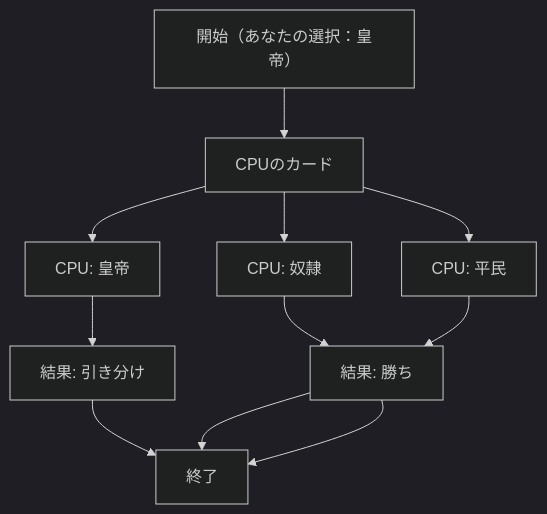
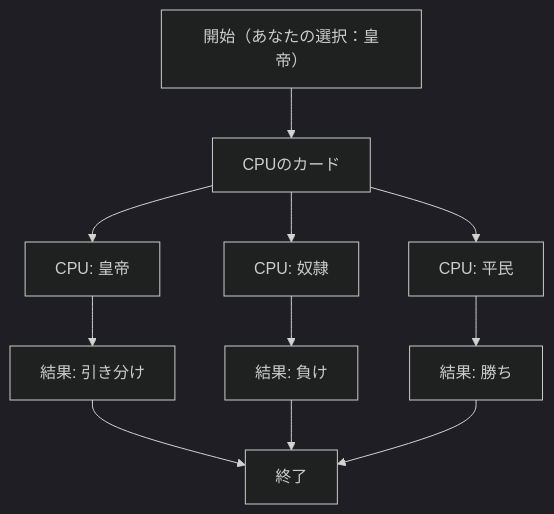
One commit to Bunnies0722/webpro_06 changed the fifth of 7 diagrams in README.md. Above: the diagram before and after it, drawn with Mermaid (dark theme).

Commit message:
レポート1

````diff
--- a/README.md
+++ b/README.md
@@ -119,20 +119,21 @@
 ```mermaid
 flowchart TD;
 
 start["開始（あなたの選択：皇帝）"];
 cpuChoose["CPUのカード"];
 
 cpuEmperor["CPU: 皇帝"];
 cpuSlave["CPU: 奴隷"];
 cpuCommon["CPU: 平民"];
 
 resultWin["結果: 勝ち"];
+resultLose["結果: 負け"];
 resultDraw["結果: 引き分け"];
 endGame["終了"];
 
 start --> cpuChoose;
 
 cpuChoose --> cpuEmperor --> resultDraw --> endGame;
-cpuChoose --> cpuSlave --> resultWin --> endGame;
+cpuChoose --> cpuSlave --> resultLose --> endGame;
 cpuChoose --> cpuCommon --> resultWin --> endGame;
 ```
````
